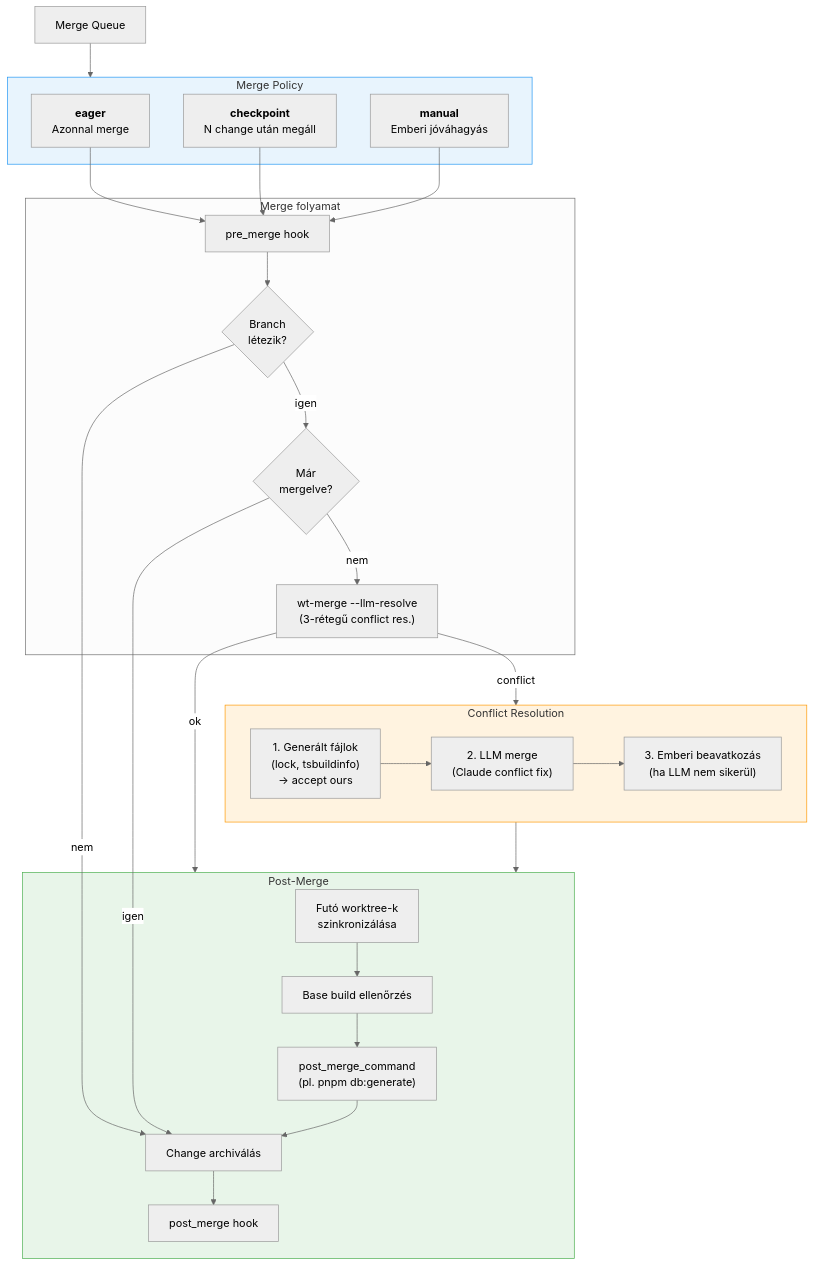
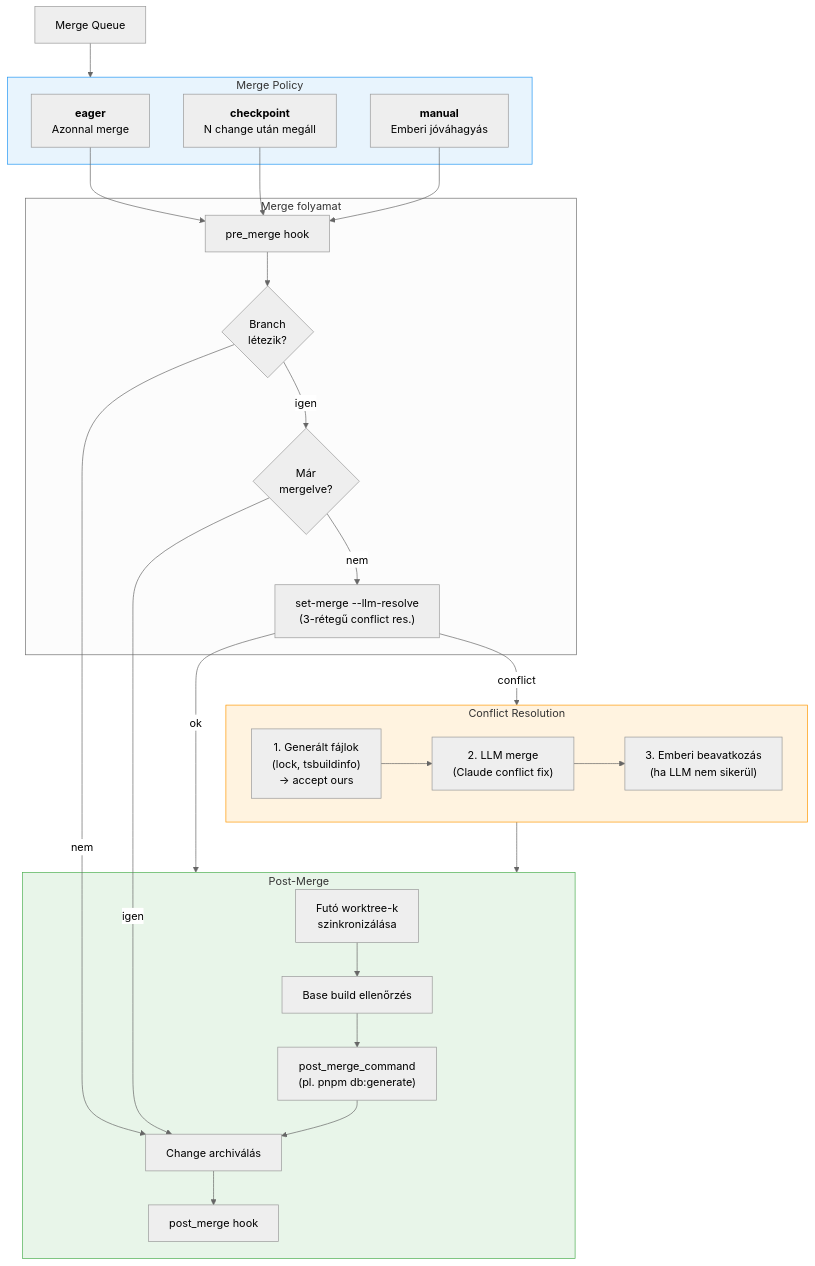
Before and after one commit to tatargabor/set-core: the diagram in docs/howitworks/diagrams/08-merge-pipeline.mmd, drawn with Mermaid. The commit also changed 318 other files, not shown here.

```diff
--- a/docs/howitworks/diagrams/08-merge-pipeline.mmd
+++ b/docs/howitworks/diagrams/08-merge-pipeline.mmd
@@ -1,49 +1,49 @@
 %%{init: {'theme': 'neutral'}}%%
 flowchart TB
     queue["Merge Queue"]
 
     subgraph policy["Merge Policy"]
         eager["<b>eager</b><br/>Azonnal merge"]
         checkpoint["<b>checkpoint</b><br/>N change után megáll"]
         manual["<b>manual</b><br/>Emberi jóváhagyás"]
     end
 
     subgraph merge_proc["Merge folyamat"]
         pre_hook["pre_merge hook"]
         check_branch{"Branch<br/>létezik?"}
         already{"Már<br/>mergelve?"}
-        wt_merge["wt-merge --llm-resolve<br/>(3-rétegű conflict res.)"]
+        wt_merge["set-merge --llm-resolve<br/>(3-rétegű conflict res.)"]
     end
 
     subgraph conflict["Conflict Resolution"]
         auto_gen["1. Generált fájlok<br/>(lock, tsbuildinfo)<br/>→ accept ours"]
         llm_res["2. LLM merge<br/>(Claude conflict fix)"]
         human["3. Emberi beavatkozás<br/>(ha LLM nem sikerül)"]
     end
 
     subgraph post["Post-Merge"]
         sync["Futó worktree-k<br/>szinkronizálása"]
         build_check["Base build ellenőrzés"]
         post_cmd["post_merge_command<br/>(pl. pnpm db:generate)"]
         archive["Change archiválás"]
         post_hook["post_merge hook"]
     end
 
     queue --> policy
     eager --> pre_hook
     checkpoint --> pre_hook
     manual --> pre_hook
     pre_hook --> check_branch
     check_branch -- "nem" --> archive
     check_branch -- "igen" --> already
     already -- "igen" --> archive
     already -- "nem" --> wt_merge
     wt_merge -- "conflict" --> conflict
     auto_gen --> llm_res --> human
     wt_merge -- "ok" --> post
     conflict --> post
     sync --> build_check --> post_cmd --> archive --> post_hook
 
     style policy fill:#e8f4fd,stroke:#2196F3
     style conflict fill:#fff3e0,stroke:#FF9800
     style post fill:#e8f5e9,stroke:#4CAF50
```
